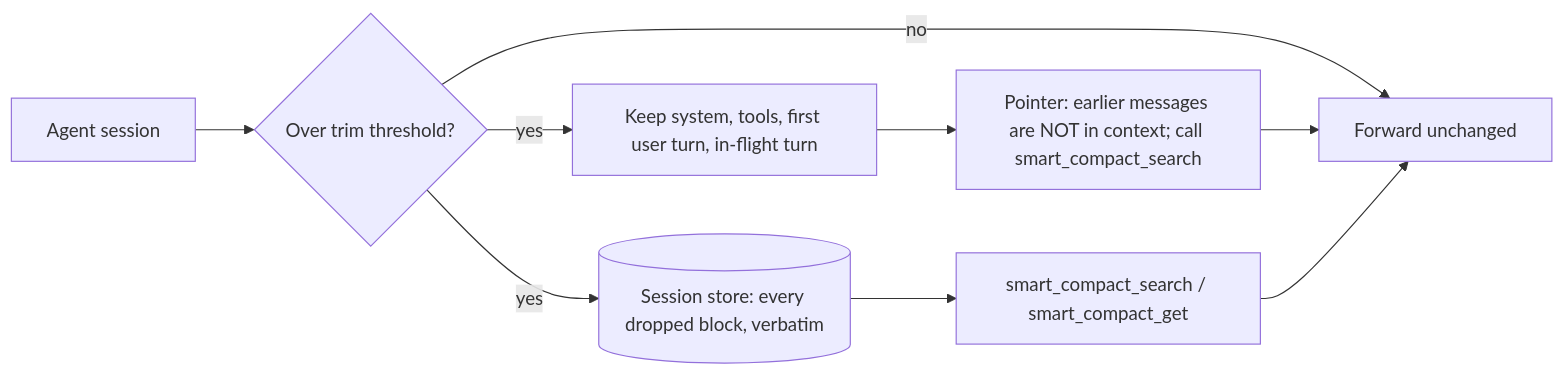
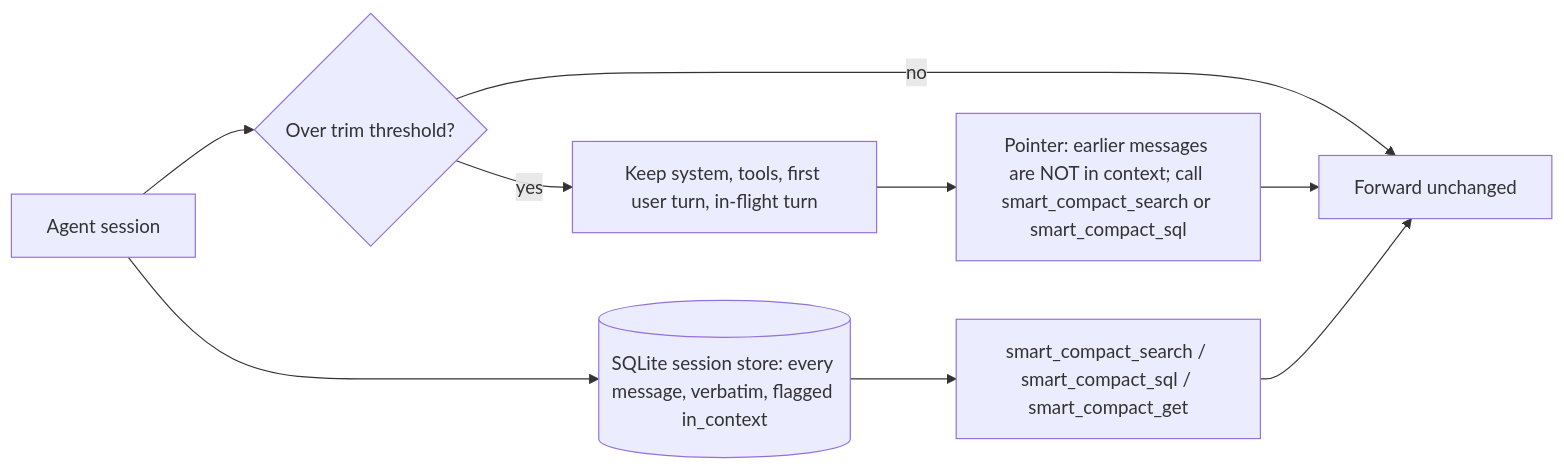
One commit to bcmyguest/openmem changed the diagram in docs/context-research.md. Above: the diagram before and after it, drawn with Mermaid. The commit also changed other lines of this file and 24 other files, not shown here.

````diff
--- a/docs/context-research.md
+++ b/docs/context-research.md
@@ -15,11 +15,11 @@
 ```mermaid
 flowchart LR
   S[Agent session] --> T{Over trim threshold?}
   T -- no --> F[Forward unchanged]
   T -- yes --> K[Keep system, tools, first user turn, in-flight turn]
-  T -- yes --> L[(Session store: every dropped block, verbatim)]
-  K --> P["Pointer: earlier messages are NOT in context; call smart_compact_search"]
+  S --> L[("SQLite session store: every message, verbatim, flagged in_context")]
+  K --> P["Pointer: earlier messages are NOT in context; call smart_compact_search or smart_compact_sql"]
   P --> F
-  L --> Q[smart_compact_search / smart_compact_get]
+  L --> Q[smart_compact_search / smart_compact_sql / smart_compact_get]
   Q --> F
 ```
````
